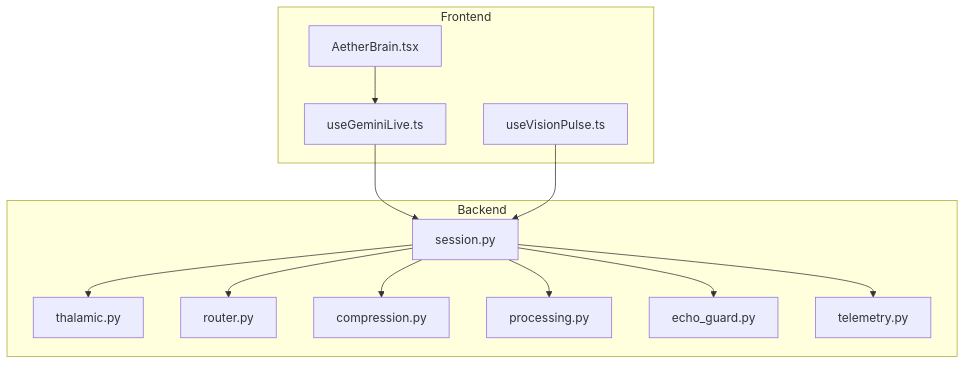
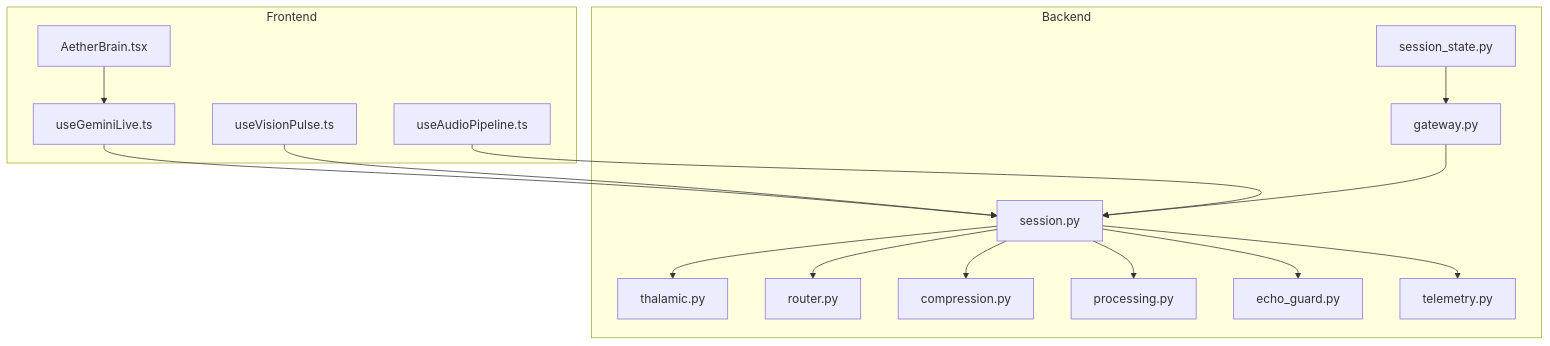
Before and after one commit to Moeabdelaziz007/Aether-Voice-OS: the first of 9 diagrams in .qoder/repowiki/en/content/AI Integration Layer/Gemini Live API Integration/Gemini Live API Integration.md, drawn with Mermaid. The commit also changed other lines of this file and 29 other files, not shown here.

````diff
--- a/.qoder/repowiki/en/content/AI Integration Layer/Gemini Live API Integration/Gemini Live API Integration.md
+++ b/.qoder/repowiki/en/content/AI Integration Layer/Gemini Live API Integration/Gemini Live API Integration.md
@@ -43,26 +56,32 @@
 ```mermaid
 graph TB
 subgraph "Frontend"
 H1["useGeminiLive.ts"]
 H2["AetherBrain.tsx"]
 H3["useVisionPulse.ts"]
+H4["useAudioPipeline.ts"]
 end
 subgraph "Backend"
 B1["session.py"]
 B2["thalamic.py"]
 B3["router.py"]
 B4["compression.py"]
 B5["processing.py"]
 B6["echo_guard.py"]
 B7["telemetry.py"]
+B8["session_state.py"]
+B9["gateway.py"]
 end
 H1 --> B1
 H2 --> H1
 H3 --> B1
+H4 --> B1
 B1 --> B2
 B1 --> B3
 B1 --> B4
 B1 --> B5
 B1 --> B6
 B1 --> B7
+B8 --> B9
+B9 --> B1
 ```
````
